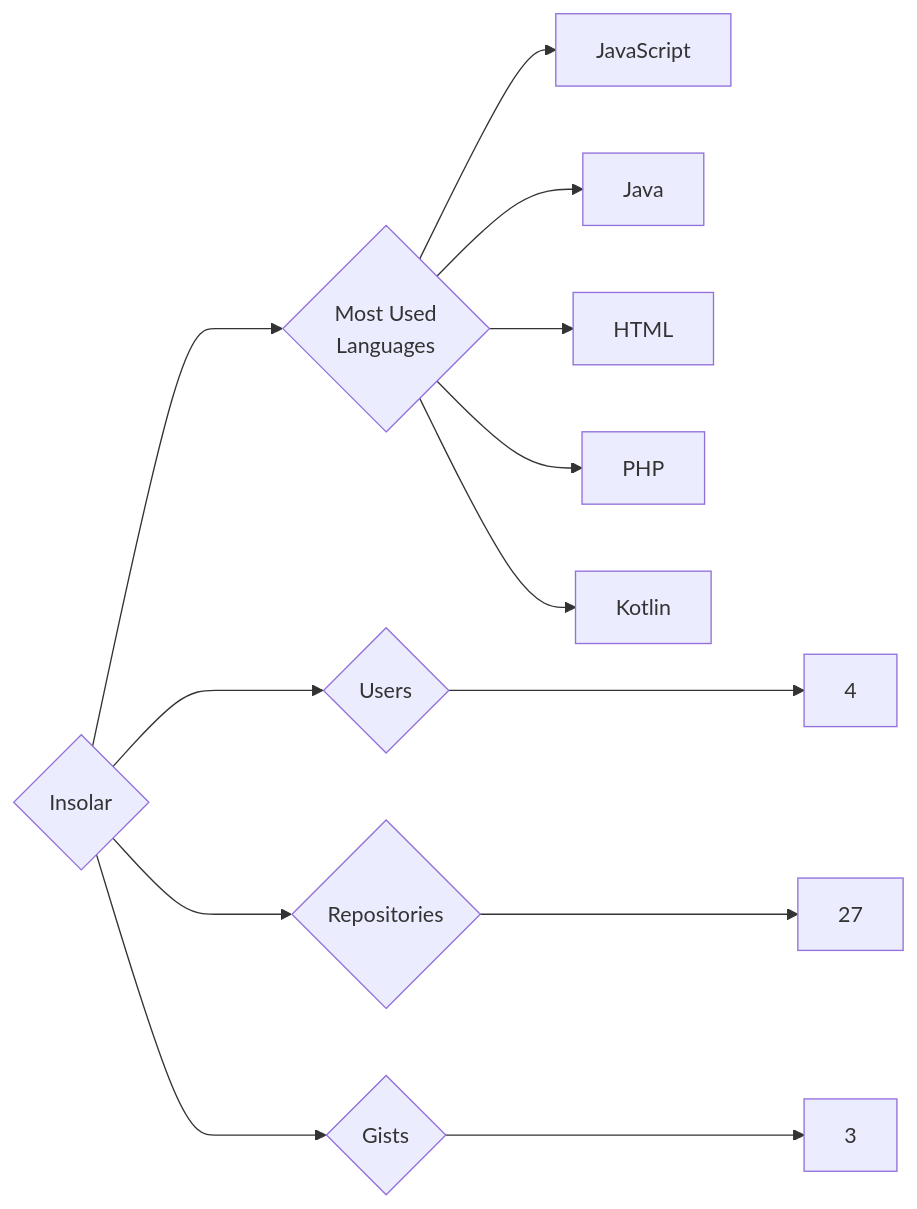
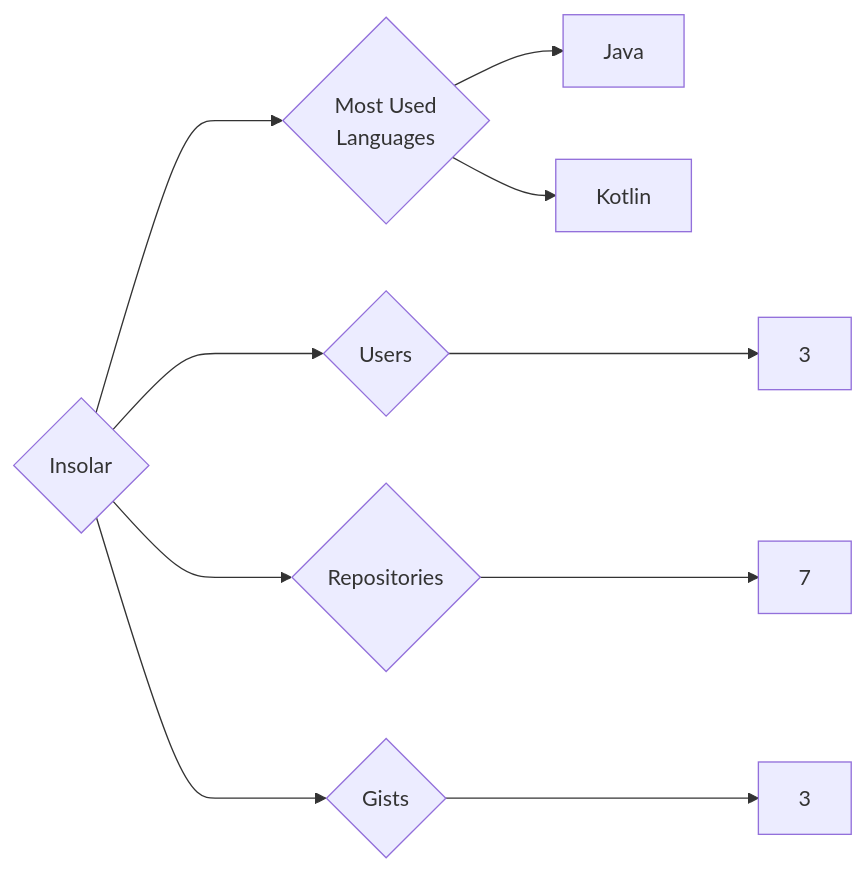
The diagram in targets/Insolar/README.md (trickest/insiders), drawn with Mermaid before and after one commit. The commit also changed 938 other files, not shown here.

````diff
--- a/targets/Insolar/README.md
+++ b/targets/Insolar/README.md
@@ -3,13 +3,10 @@
 ```mermaid
 graph LR
 COMPANY_NAME{Insolar}
-COMPANY_NAME ---> U{Users} ---> UN[4]
-COMPANY_NAME ---> R{Repositories} ---> RN[27]
+COMPANY_NAME ---> U{Users} ---> UN[3]
+COMPANY_NAME ---> R{Repositories} ---> RN[7]
 COMPANY_NAME ---> G{Gists} ---> GN[3]
 COMPANY_NAME ---> ML{Most Used<br>Languages}
-ML --> JavaScript[JavaScript]
 ML --> Java[Java]
-ML --> HTML[HTML]
-ML --> PHP[PHP]
 ML --> Kotlin[Kotlin]
 ```
````
